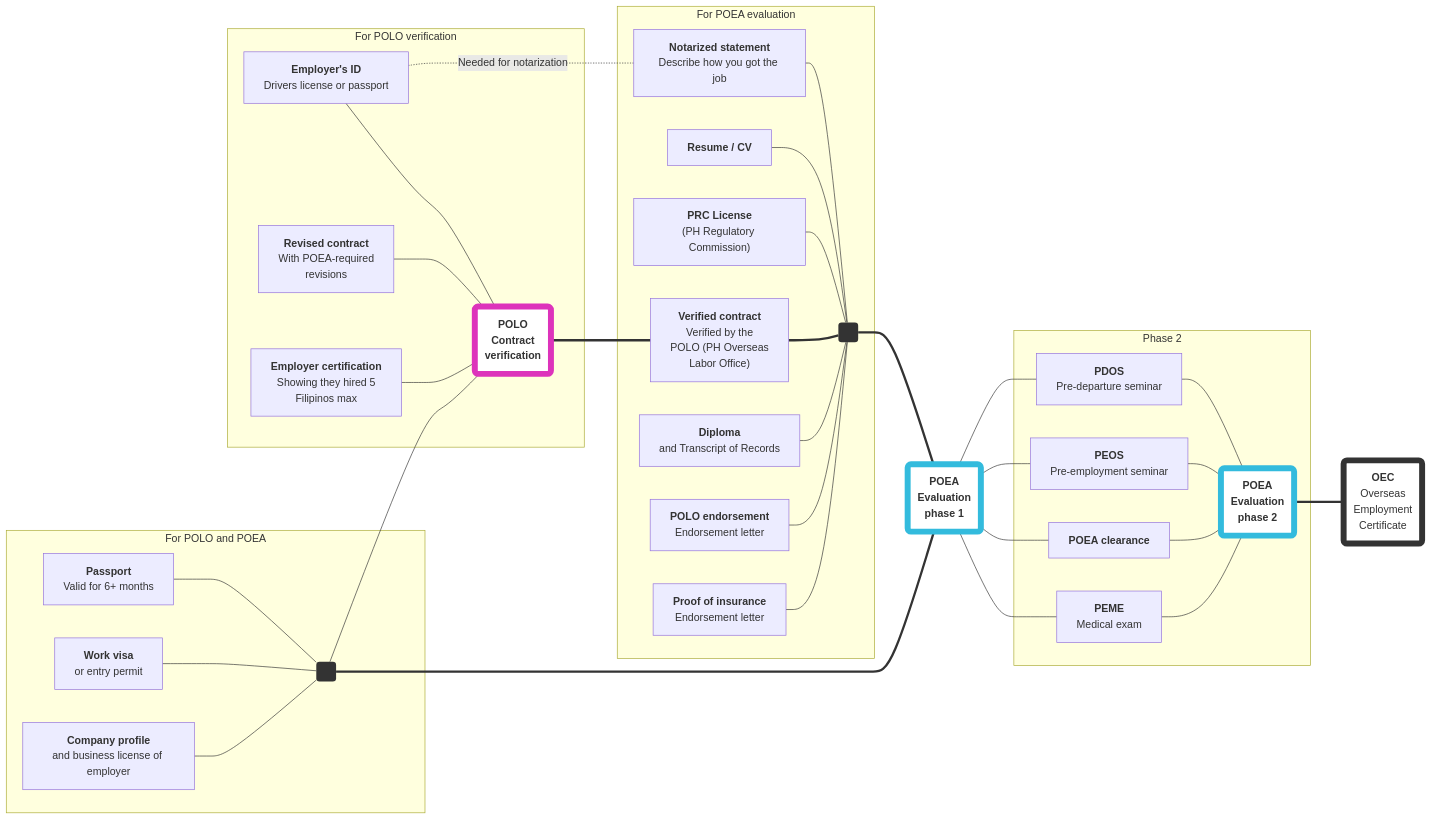
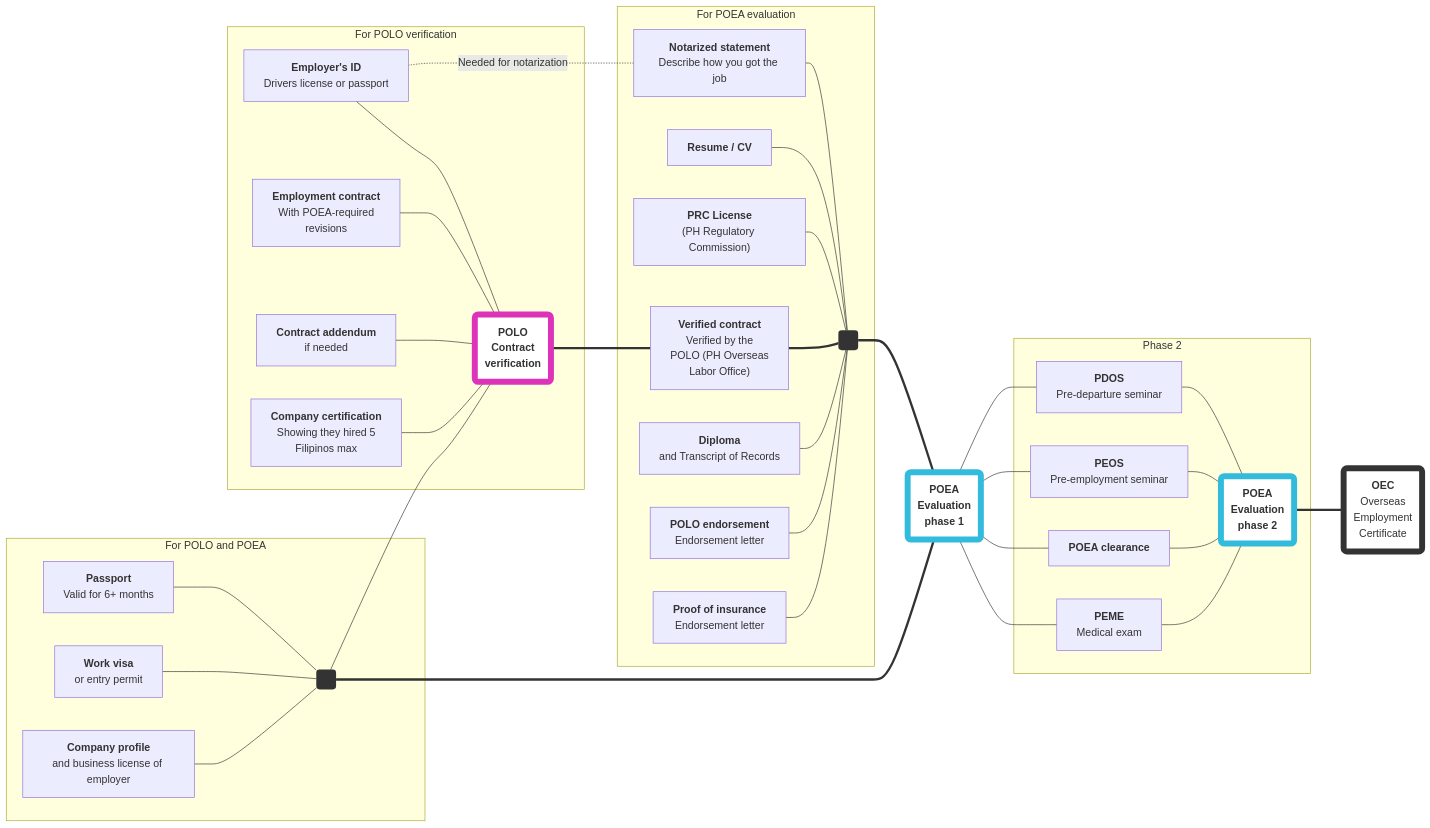
Before and after one commit to rstacruz/oec-guide: the diagram in docs/requirements_overview.md, drawn with Mermaid. The commit also changed other lines of this file and 6 other files, not shown here.

```diff
--- a/docs/requirements_overview.md
+++ b/docs/requirements_overview.md
@@ -26,10 +26,11 @@
 VERIFIED["<b>Verified contract</b><br>Verified by the<br>POLO (PH Overseas<br>Labor Office)"]
 click VERIFIED "./polo_verification.html" "Verified contract"
 
-REVISED["<b>Revised contract</b><br>With POEA-required<br>revisions"]
-click REVISED "./employment_standards.html" "Revised contract"
+EMPLOYMENTCONTRACT["<b>Employment contract</b><br>With POEA-required<br>revisions"]
+ADDENDUM["<b>Contract addendum</b><br>if needed"]
+click ADDENDUM "./cnotract_addendum.html" "Contract addendum"
 
-CERTIFICATION["<b>Employer certification</b><br>Showing they hired 5<br>Filipinos max"]
+CERTIFICATION["<b>Company certification</b><br>Showing they hired 5<br>Filipinos max"]
 
 ODOCS(" ")
 PASSPORT["<b>Passport</b><br>Valid for 6+ months"]
@@ -83,7 +84,8 @@
 
 subgraph For POLO verification
 CONTRACT --- EMPLOYERID
-CONTRACT --- REVISED
+CONTRACT --- EMPLOYMENTCONTRACT
+CONTRACT --- ADDENDUM
 CONTRACT --- CERTIFICATION
 end
 
```
